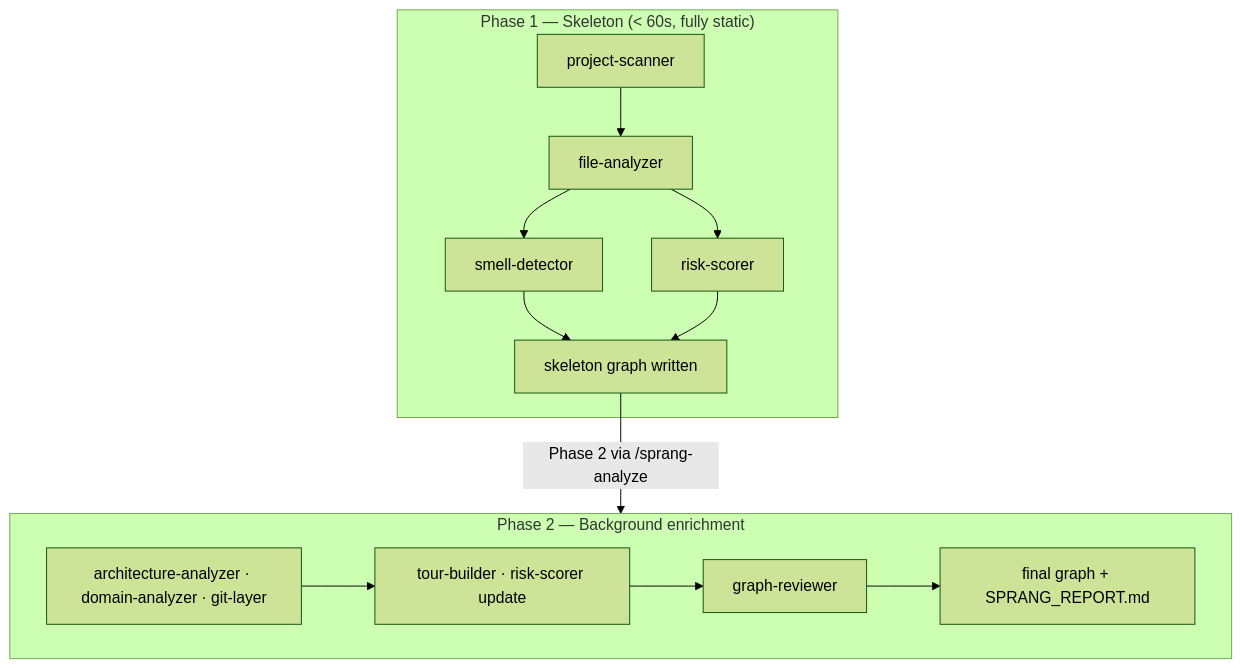
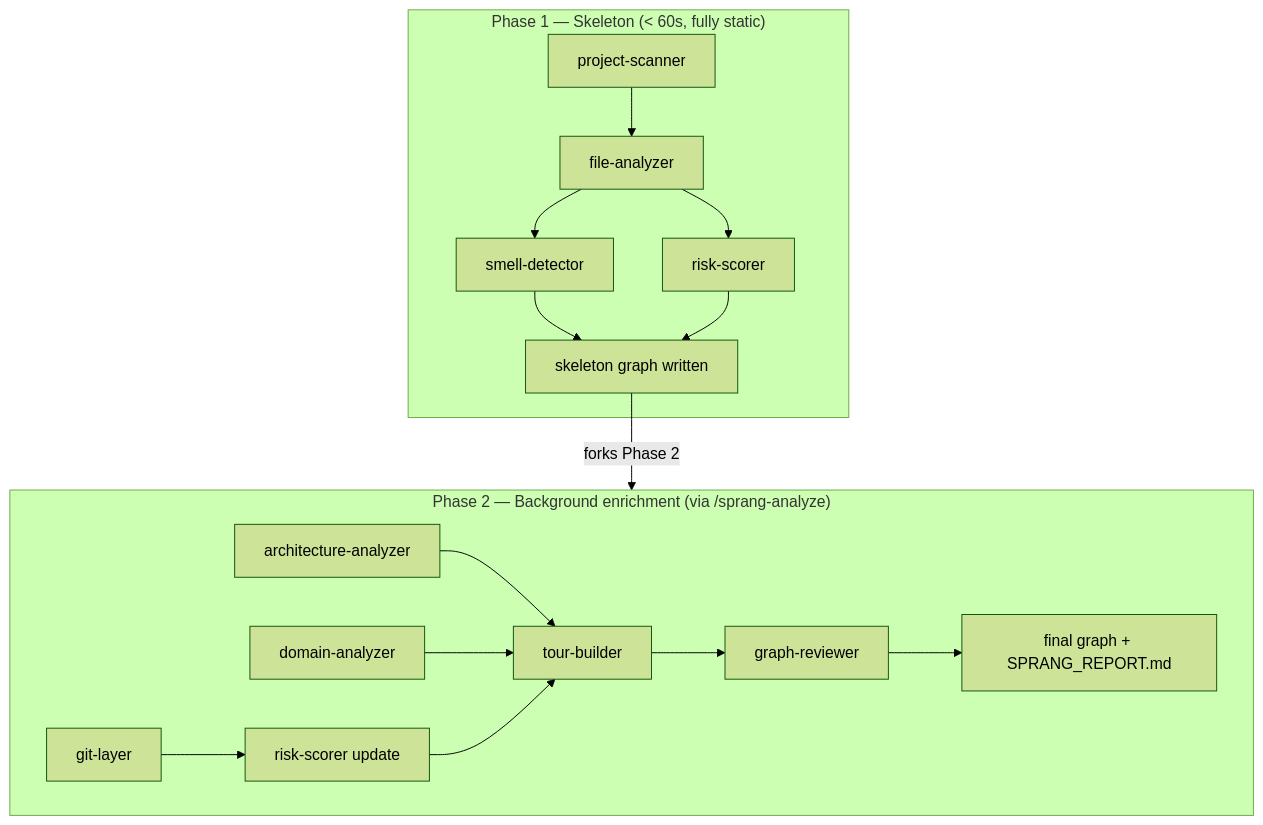
Before and after one commit to FavioVazquez/sprang: the second of 3 diagrams in README.md, drawn with Mermaid (forest theme). The commit also changed other lines of this file, not shown here.

````diff
--- a/README.md
+++ b/README.md
@@ -606,16 +673,19 @@
 ```mermaid
 flowchart TB
     subgraph Phase1 ["Phase 1 — Skeleton (< 60s, fully static)"]
         PS[project-scanner] --> FA[file-analyzer]
         FA --> SD[smell-detector]
         FA --> RS[risk-scorer]
         SD --> SG[skeleton graph written]
         RS --> SG
     end
-    subgraph Phase2 ["Phase 2 — Background enrichment"]
-        G1[architecture-analyzer · domain-analyzer · git-layer] --> G2
-        G2[tour-builder · risk-scorer update] --> GR[graph-reviewer]
+    subgraph Phase2 ["Phase 2 — Background enrichment (via /sprang-analyze)"]
+        G1[architecture-analyzer] --> TB[tour-builder]
+        G2[domain-analyzer] --> TB
+        G3[git-layer] --> RS2[risk-scorer update]
+        RS2 --> TB
+        TB --> GR[graph-reviewer]
         GR --> FG[final graph + SPRANG_REPORT.md]
     end
-    SG -->|"Phase 2 via /sprang-analyze"| Phase2
+    SG -->|"forks Phase 2"| Phase2
 ```
````
